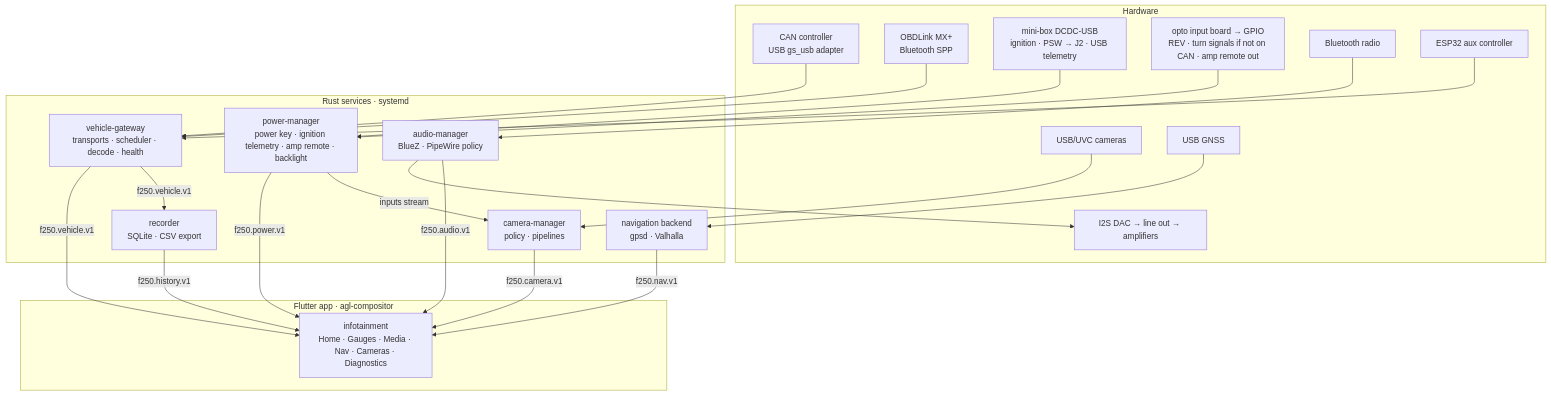
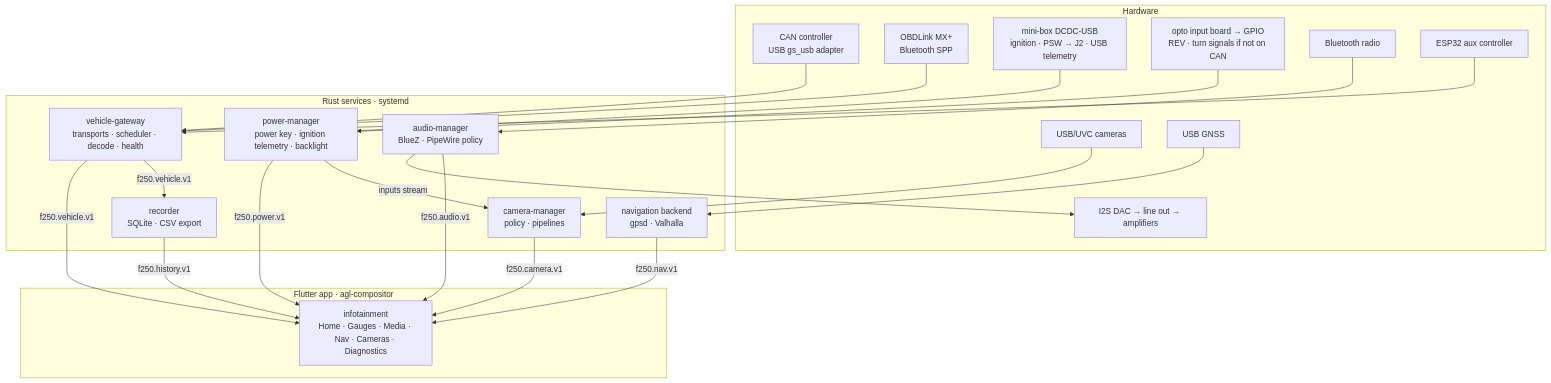
Before and after one commit to darickc/TruckDashboard: the first of 3 diagrams in docs/architecture/overview.md, drawn with Mermaid. The commit also changed other lines of this file and 15 other files, not shown here.

First line of the commit message:
docs: audio wiring with a DAC8x, a new 4-ch amp and an ACC amp remote (ADR-0014)

````diff
--- a/docs/architecture/overview.md
+++ b/docs/architecture/overview.md
@@ -35,46 +35,46 @@
 ```mermaid
 flowchart TB
   subgraph HW[Hardware]
     CAN[CAN controller<br/>USB gs_usb adapter]
     MX[OBDLink MX+<br/>Bluetooth SPP]
     PSU[mini-box DCDC-USB<br/>ignition · PSW → J2 · USB telemetry]
-    GPIO[opto input board → GPIO<br/>REV · turn signals if not on CAN · amp remote out]
+    GPIO[opto input board → GPIO<br/>REV · turn signals if not on CAN]
     V4L[USB/UVC cameras]
     GNSS[USB GNSS]
     BT[Bluetooth radio]
     DAC[I2S DAC → line out → amplifiers]
     ESP[ESP32 aux controller]
   end
 
   subgraph SVC[Rust services · systemd]
     GW[vehicle-gateway<br/>transports · scheduler · decode · health]
     REC[recorder<br/>SQLite · CSV export]
-    PWR[power-manager<br/>power key · ignition telemetry · amp remote · backlight]
+    PWR[power-manager<br/>power key · ignition telemetry · backlight]
     CAMM[camera-manager<br/>policy · pipelines]
     AUDM[audio-manager<br/>BlueZ · PipeWire policy]
     NAV[navigation backend<br/>gpsd · Valhalla]
   end
 
   subgraph APP[Flutter app · agl-compositor]
     UI[infotainment<br/>Home · Gauges · Media · Nav · Cameras · Diagnostics]
   end
 
   CAN --> GW
   MX --> GW
   ESP --> GW
   GPIO --> PWR
   PSU --> PWR
   V4L --> CAMM
   GNSS --> NAV
   BT --> AUDM
   AUDM --> DAC
 
   GW -- f250.vehicle.v1 --> UI
   GW -- f250.vehicle.v1 --> REC
   PWR -- f250.power.v1 --> UI
   PWR -- inputs stream --> CAMM
   CAMM -- f250.camera.v1 --> UI
   AUDM -- f250.audio.v1 --> UI
   NAV -- f250.nav.v1 --> UI
   REC -- f250.history.v1 --> UI
 ```
````
